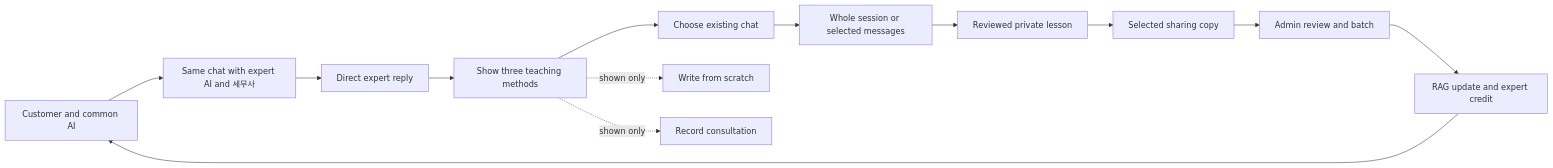
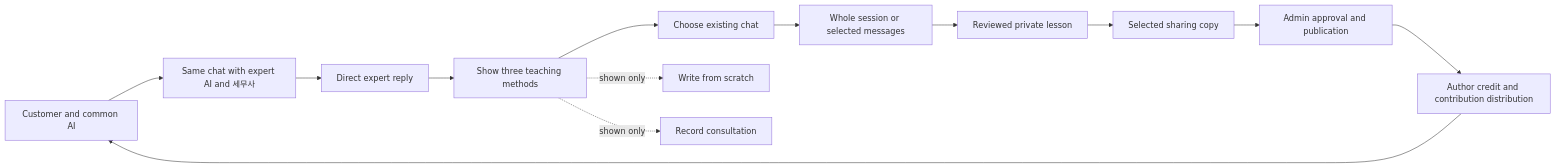
One commit to sanolamian12/neo-luddite changed the diagram in design/three-act-demo.md. Above: the diagram before and after it, drawn with Mermaid. The commit also changed other lines of this file and 41 other files, not shown here.

````diff
--- a/design/three-act-demo.md
+++ b/design/three-act-demo.md
@@ -20,15 +20,15 @@
 ```mermaid
 flowchart LR
   A[Customer and common AI] --> B[Same chat with expert AI and 세무사]
   B --> C[Direct expert reply]
   C --> H[Show three teaching methods]
   H --> I[Choose existing chat]
   H -. shown only .-> M[Write from scratch]
   H -. shown only .-> R[Record consultation]
   I --> J[Whole session or selected messages]
   J --> D[Reviewed private lesson]
   D --> E[Selected sharing copy]
-  E --> F[Admin review and batch]
-  F --> G[RAG update and expert credit]
+  E --> F[Admin approval and publication]
+  F --> G[Author credit and contribution distribution]
   G --> A
 ```
````
